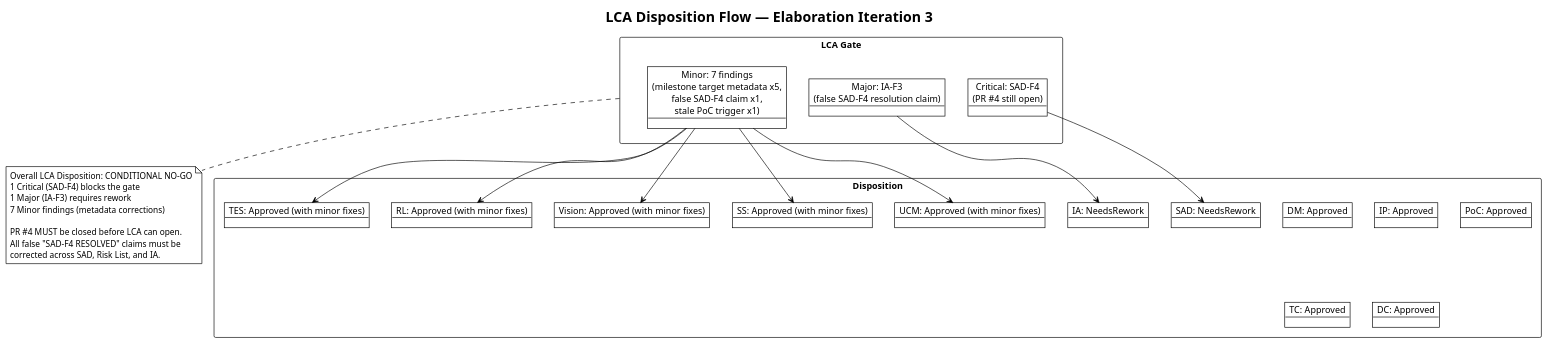
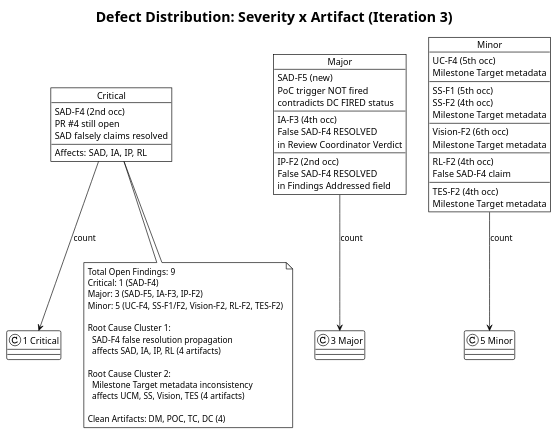
Before and after one commit to banense-test/demo-janke-lab: the second of 2 diagrams in docs/artifacts/project-management/review-record.md, drawn with PlantUML. The commit also changed other lines of this file, not shown here.

First line of the commit message:
Reviewer [E3]: upsert Review Record

````diff
--- a/docs/artifacts/project-management/review-record.md
+++ b/docs/artifacts/project-management/review-record.md
@@ -260,47 +160,66 @@
 ```plantuml
 @startuml
 !theme plain
-title LCA Disposition Flow — Elaboration Iteration 3
+title Defect Distribution: Severity x Artifact (Iteration 3)
 
-rectangle "LCA Gate" as gate {
-  object "Critical: SAD-F4\n(PR #4 still open)" as crit
-  object "Major: IA-F3\n(false SAD-F4 resolution claim)" as maj
-  object "Minor: 7 findings\n(milestone target metadata x5,\nfalse SAD-F4 claim x1,\nstale PoC trigger x1)" as minor
-}
+object "Critical" as C
+object "Major" as M
+object "Minor" as Min
 
-rectangle "Disposition" as disp {
-  object "SAD: NeedsRework" as d1
-  object "IA: NeedsRework" as d2
-  object "UCM: Approved (with minor fixes)" as d3
-  object "SS: Approved (with minor fixes)" as d4
-  object "Vision: Approved (with minor fixes)" as d5
-  object "RL: Approved (with minor fixes)" as d6
-  object "TES: Approved (with minor fixes)" as d7
-  object "DM: Approved" as d8
-  object "IP: Approved" as d9
-  object "PoC: Approved" as d10
-  object "TC: Approved" as d11
-  object "DC: Approved" as d12
-}
+C : SAD-F4 (2nd occ)
+C : PR #4 still open
+C : SAD falsely claims resolved
+C : --
+C : Affects: SAD, IA, IP, RL
 
-crit --> d1
-maj --> d2
-minor --> d3
-minor --> d4
-minor --> d5
-minor --> d6
-minor --> d7
+M : SAD-F5 (new)
+M : PoC trigger NOT fired
+M : contradicts DC FIRED status
+M : --
+M : IA-F3 (4th occ)
+M : False SAD-F4 RESOLVED
+M : in Review Coordinator Verdict
+M : --
+M : IP-F2 (2nd occ)
+M : False SAD-F4 RESOLVED
+M : in Findings Addressed field
 
-note bottom of gate
-  Overall LCA Disposition: CONDITIONAL NO-GO
-  1 Critical (SAD-F4) blocks the gate
-  1 Major (IA-F3) requires rework
-  7 Minor findings (metadata corrections)
+Min : UC-F4 (5th occ)
+Min : Milestone Target metadata
+Min : --
+Min : SS-F1 (5th occ)
+Min : SS-F2 (4th occ)
+Min : Milestone Target metadata
+Min : --
+Min : Vision-F2 (6th occ)
+Min : Milestone Target metadata
+Min : --
+Min : RL-F2 (4th occ)
+Min : False SAD-F4 claim
+Min : --
+Min : TES-F2 (4th occ)
+Min : Milestone Target metadata
+
+C --> "1 Critical" : count
+M --> "3 Major" : count
+Min --> "5 Minor" : count
+
+note bottom of C
+  Total Open Findings: 9
+  Critical: 1 (SAD-F4)
+  Major: 3 (SAD-F5, IA-F3, IP-F2)
+  Minor: 5 (UC-F4, SS-F1/F2, Vision-F2, RL-F2, TES-F2)
   
-  PR #4 MUST be closed before LCA can open.
-  All false "SAD-F4 RESOLVED" claims must be
-  corrected across SAD, Risk List, and IA.
+  Root Cause Cluster 1:
+    SAD-F4 false resolution propagation
+    affects SAD, IA, IP, RL (4 artifacts)
+  
+  Root Cause Cluster 2:
+    Milestone Target metadata inconsistency
+    affects UCM, SS, Vision, TES (4 artifacts)
+  
+  Clean Artifacts: DM, POC, TC, DC (4)
 end note
 
 @enduml
 ```
````
